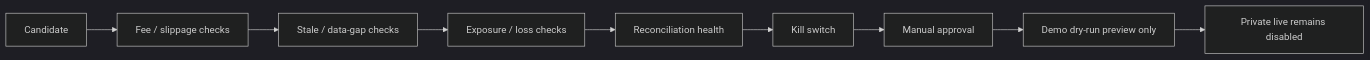
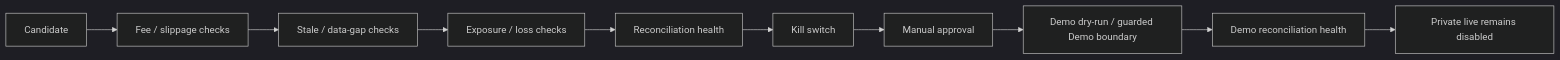
The third of 4 diagrams in docs/visual_overview.md (minqiyang/edmn-trader), drawn with Mermaid (dark theme) before and after one commit. The commit also changed other lines of this file and 5 other files, not shown here.

Commit message:
Refresh visual docs for guarded Demo boundary

````diff
--- a/docs/visual_overview.md
+++ b/docs/visual_overview.md
@@ -37,11 +37,12 @@
 ```mermaid
 flowchart LR
   A["Candidate"] --> B["Fee / slippage checks"]
   B --> C["Stale / data-gap checks"]
   C --> D["Exposure / loss checks"]
   D --> E["Reconciliation health"]
   E --> F["Kill switch"]
   F --> G["Manual approval"]
-  G --> H["Demo dry-run preview only"]
-  H --> I["Private live remains disabled"]
+  G --> H["Demo dry-run / guarded Demo boundary"]
+  H --> I["Demo reconciliation health"]
+  I --> J["Private live remains disabled"]
 ```
````
